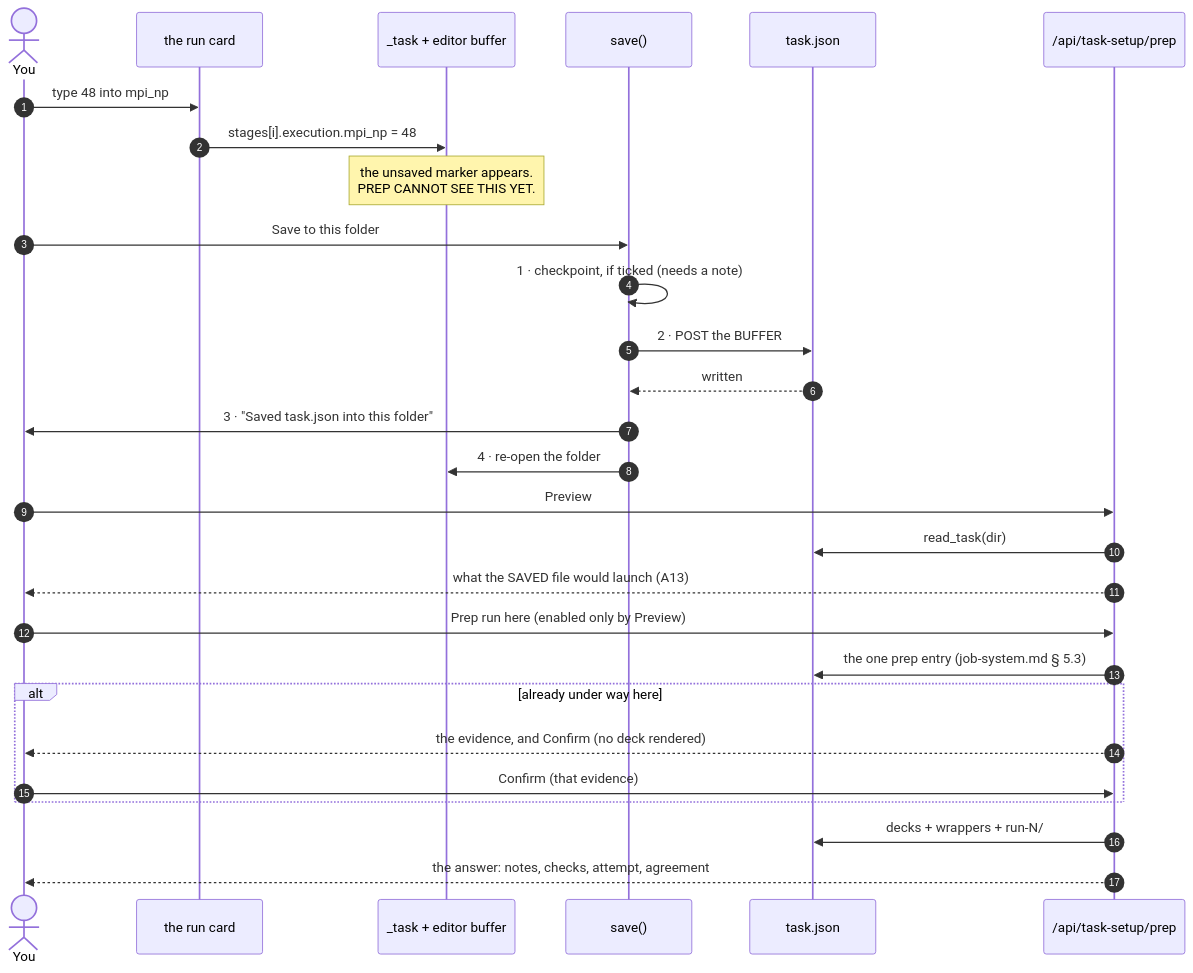
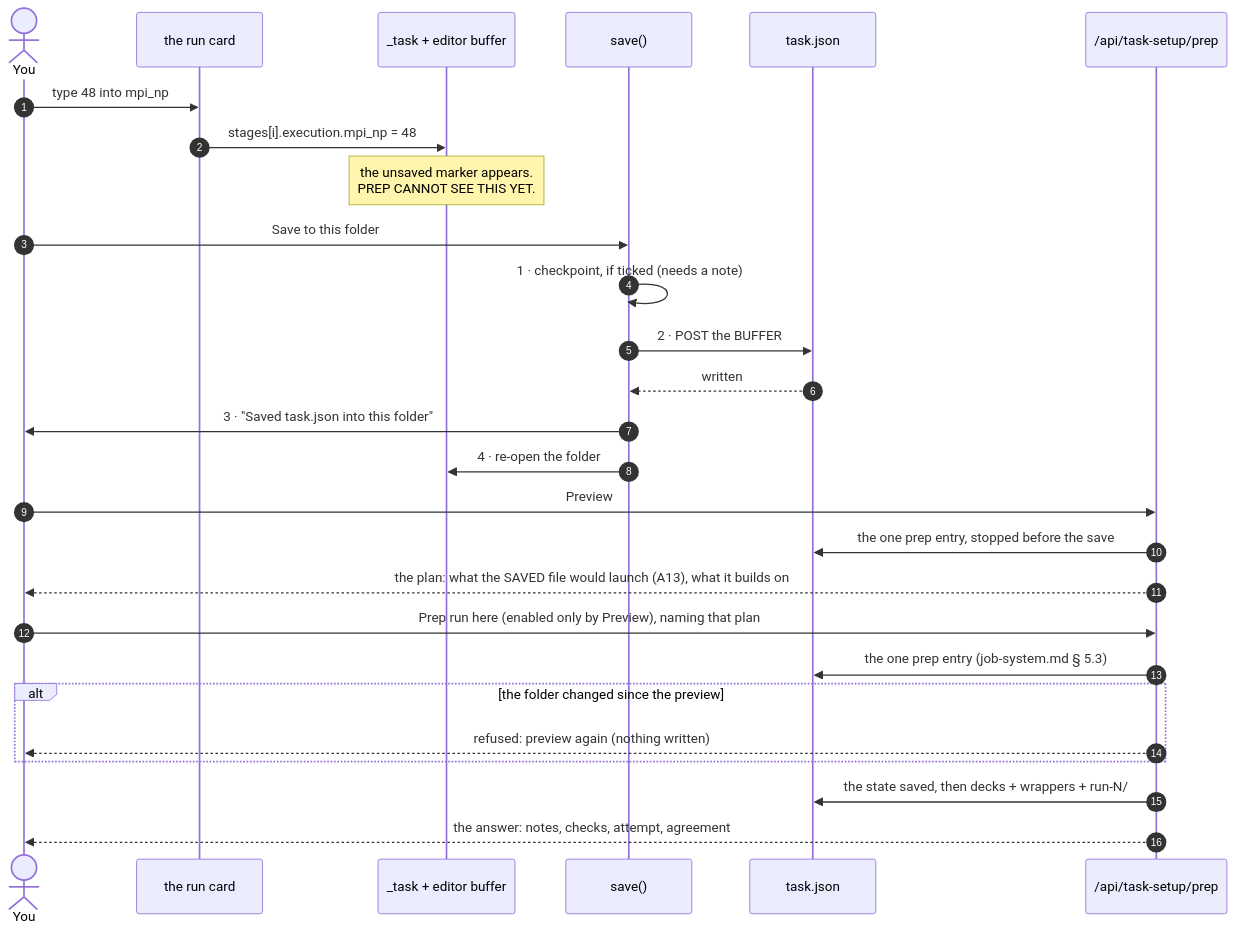
The diagram in docs/web/task-setup.md (Qing-LAB/molbuilder), drawn with Mermaid before and after one commit. The commit also changed other lines of this file and 17 other files, not shown here.

````diff
--- a/docs/web/task-setup.md
+++ b/docs/web/task-setup.md
@@ -734,33 +737,32 @@
 ```mermaid
 sequenceDiagram
     autonumber
     actor You
     participant Card as the run card
     participant Model as _task + editor buffer
     participant Save as save()
     participant Disk as task.json
     participant Prep as /api/task-setup/prep
 
     You->>Card: type 48 into mpi_np
     Card->>Model: stages[i].execution.mpi_np = 48
     Note over Model: the unsaved marker appears.<br/>PREP CANNOT SEE THIS YET.
 
     You->>Save: Save to this folder
     Save->>Save: 1 · checkpoint, if ticked (needs a note)
     Save->>Disk: 2 · POST the BUFFER
     Disk-->>Save: written
     Save->>You: 3 · "Saved task.json into this folder"
     Save->>Model: 4 · re-open the folder
 
     You->>Prep: Preview
-    Prep->>Disk: read_task(dir)
-    Prep-->>You: what the SAVED file would launch (A13)
-    You->>Prep: Prep run here (enabled only by Preview)
+    Prep->>Disk: the one prep entry, stopped before the save
+    Prep-->>You: the plan: what the SAVED file would launch (A13), what it builds on
+    You->>Prep: Prep run here (enabled only by Preview), naming that plan
     Prep->>Disk: the one prep entry (job-system.md § 5.3)
-    alt already under way here
-      Prep-->>You: the evidence, and Confirm (no deck rendered)
-      You->>Prep: Confirm (that evidence)
+    alt the folder changed since the preview
+      Prep-->>You: refused: preview again (nothing written)
     end
-    Prep->>Disk: decks + wrappers + run-N/
+    Prep->>Disk: the state saved, then decks + wrappers + run-N/
     Prep-->>You: the answer: notes, checks, attempt, agreement
 ```
````
